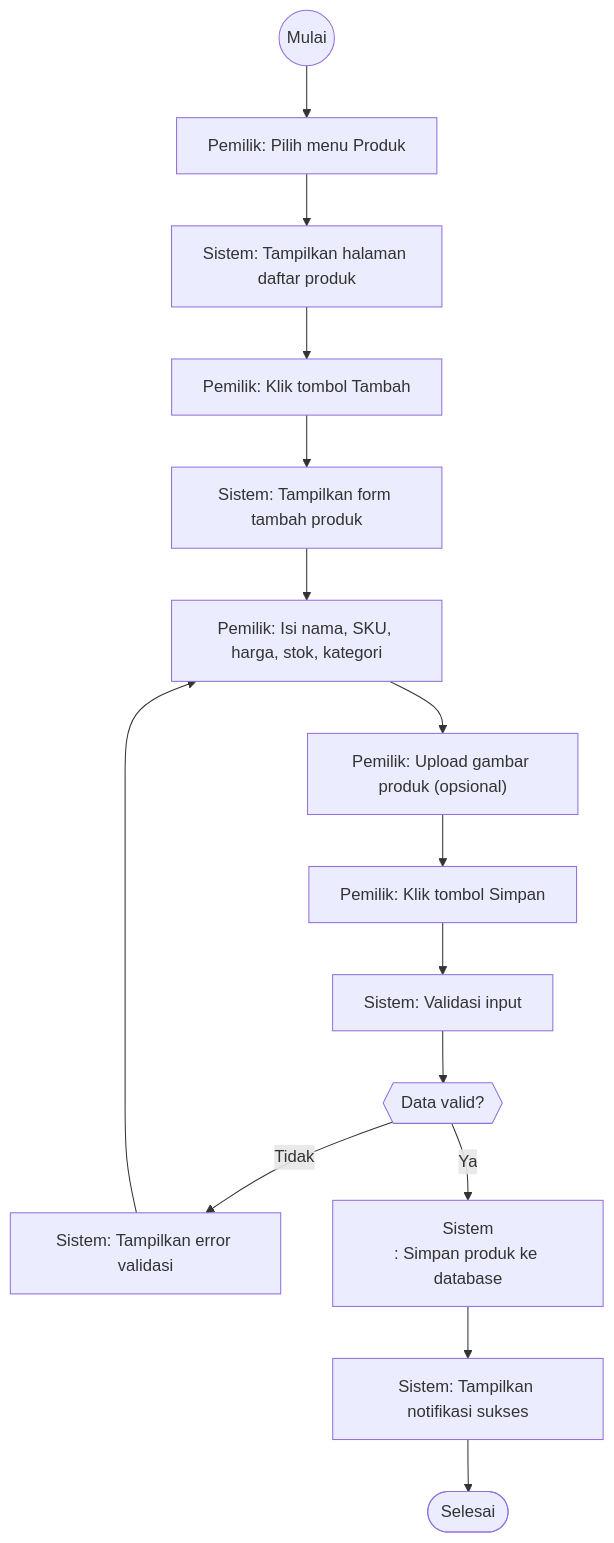
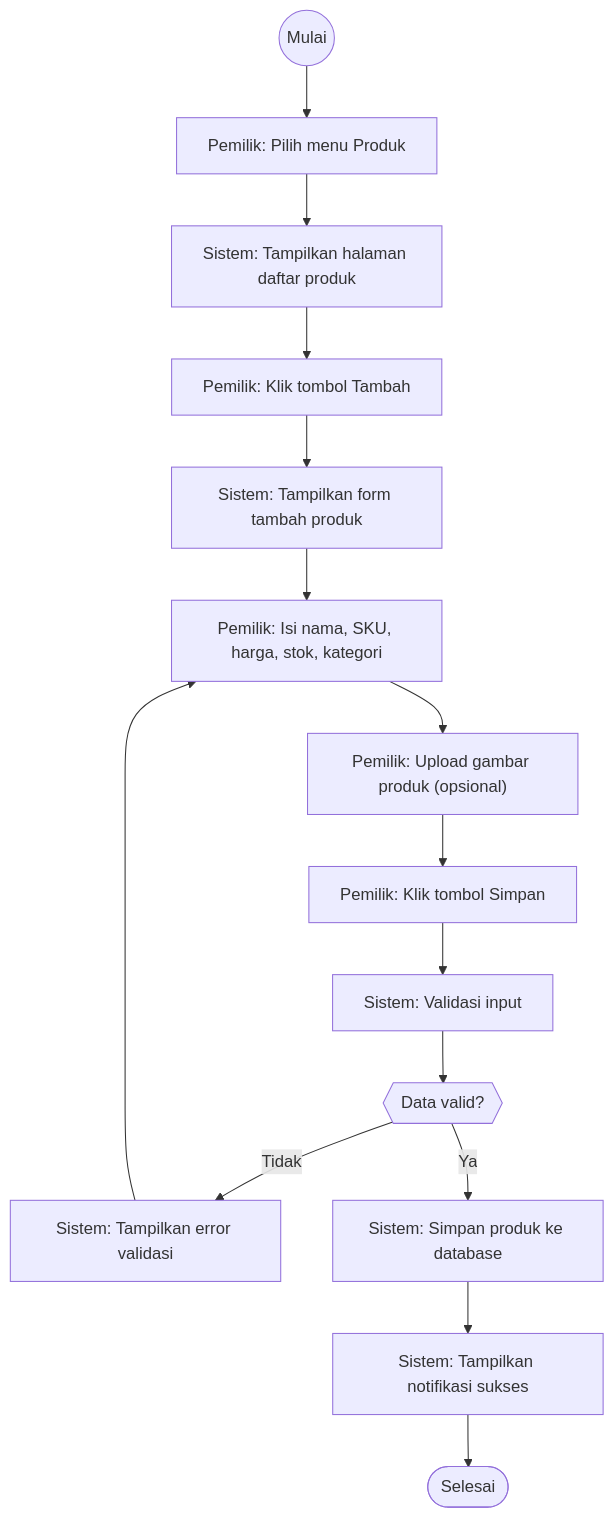
One commit to devWebs01/POS-DW changed diagram 28 of 40 in docs/4.2-perancangan-sistem.md. Above: the diagram before and after it, drawn with Mermaid. The commit also changed other lines of this file, not shown here.

First line of the commit message:
fix: repair 14 broken mermaid diagrams (split arrows & multiline labels)

````diff
--- a/docs/4.2-perancangan-sistem.md
+++ b/docs/4.2-perancangan-sistem.md
@@ -1812,28 +1801,27 @@
 ```mermaid
 flowchart TD
   start((Mulai))
   A_A["Pemilik: Pilih menu Produk"]
   start --> A_A
   S_A["Sistem: Tampilkan halaman daftar produk"]
   A_A --> S_A
   A_B["Pemilik: Klik tombol Tambah"]
   S_A --> A_B
   S_B["Sistem: Tampilkan form tambah produk"]
   A_B --> S_B
   A_C["Pemilik: Isi nama, SKU, harga, stok, kategori"]
   S_B --> A_C
   A_D["Pemilik: Upload gambar produk (opsional)"]
   A_C --> A_D
   A_E["Pemilik: Klik tombol Simpan"]
   A_D --> A_E
   S_C["Sistem: Validasi input"]
   A_E --> S_C
   D_A{{"Data valid?"}}
   S_C --> D_A
   D_A -->|Tidak| E_A["Sistem: Tampilkan error validasi"]
   E_A --> A_C
-  D_A -->|Ya| S_D["Sistem
-: Simpan produk ke database"]
+  D_A -->|Ya| S_D["Sistem: Simpan produk ke database"]
   S_D --> S_E["Sistem: Tampilkan notifikasi sukses"]
   S_E --> end_success([Selesai])
 ```
````
